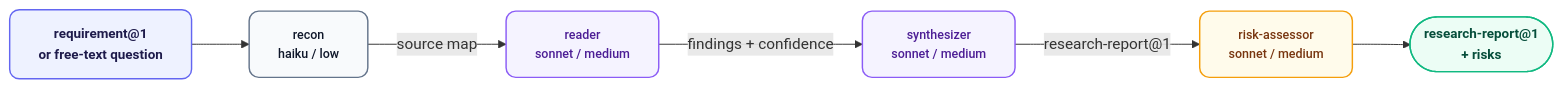
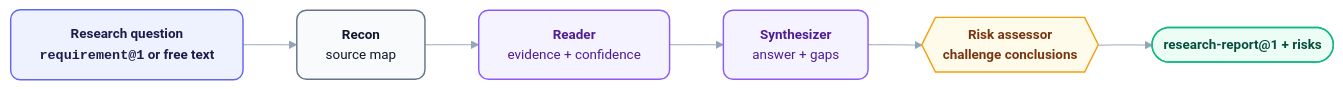
Before and after one commit to orin-dx/agent-plugins: the diagram in plugins/vanguard/README.md, drawn with Mermaid. The commit also changed 12 other files, not shown here.

Commit message:
docs: refresh Mermaid diagrams and visual standard

````diff
--- a/plugins/vanguard/README.md
+++ b/plugins/vanguard/README.md
@@ -49,28 +49,22 @@
 ```mermaid
-%%{init: {'flowchart': {'curve': 'basis', 'nodeSpacing': 40, 'rankSpacing': 60}}}%%
+%%{init: {'theme': 'base', 'flowchart': {'curve': 'basis', 'nodeSpacing': 40, 'rankSpacing': 56}, 'themeVariables': {'fontFamily': 'Inter, ui-sans-serif, system-ui, sans-serif', 'fontSize': '14px', 'lineColor': '#94a3b8', 'edgeLabelBackground': '#ffffff'}}}%%
 flowchart LR
-    classDef source fill:#eef2ff,stroke:#6366f1,stroke-width:1.5px,color:#1e1b4b,rx:10,ry:10,font-size:14px,font-weight:600;
-    classDef store fill:#f8fafc,stroke:#64748b,stroke-width:1.5px,color:#0f172a,rx:10,ry:10,font-size:13px,font-weight:500;
-    classDef engine fill:#f5f3ff,stroke:#8b5cf6,stroke-width:1.5px,color:#4c1d95,rx:10,ry:10,font-size:13px,font-weight:500;
-    classDef router fill:#fffbeb,stroke:#f59e0b,stroke-width:1.5px,color:#78350f,rx:10,ry:10,font-size:13px,font-weight:500;
-    classDef output fill:#ecfdf5,stroke:#10b981,stroke-width:1.5px,color:#064e3b,rx:10,ry:10,font-size:14px,font-weight:600;
+    classDef source fill:#eef2ff,stroke:#6366f1,stroke-width:1.5px,color:#1e1b4b,rx:10px,ry:10px,font-weight:600;
+    classDef store fill:#f8fafc,stroke:#64748b,stroke-width:1.5px,color:#0f172a,rx:10px,ry:10px;
+    classDef engine fill:#f5f3ff,stroke:#8b5cf6,stroke-width:1.5px,color:#4c1d95,rx:10px,ry:10px;
+    classDef router fill:#fffbeb,stroke:#f59e0b,stroke-width:1.5px,color:#78350f,rx:10px,ry:10px,font-weight:600;
+    classDef output fill:#ecfdf5,stroke:#10b981,stroke-width:1.5px,color:#064e3b,rx:10px,ry:10px,font-weight:600;
 
-    Req["requirement@1
-    or free-text question"] --> Recon["recon
-    haiku / low"]
-    Recon -->|source map| Reader["reader
-    sonnet / medium"]
-    Reader -->|findings + confidence| Synth["synthesizer
-    sonnet / medium"]
-    Synth -->|"research-report@1"| Risk["risk-assessor
-    sonnet / medium"]
-    Risk --> Out(["research-report@1
-    + risks"])
+    Req["<b>Research question</b><br/><code>requirement@1</code> or free text"] --> Recon["<b>Recon</b><br/>source map"]
+    Recon --> Reader["<b>Reader</b><br/>evidence + confidence"]
+    Reader --> Synth["<b>Synthesizer</b><br/>answer + gaps"]
+    Synth --> Risk{{"<b>Risk assessor</b><br/>challenge conclusions"}}
+    Risk --> Out(["research-report@1 + risks"])
 
     class Req source
     class Recon store
     class Reader engine
     class Synth engine
     class Risk router
     class Out output
 ```
````
